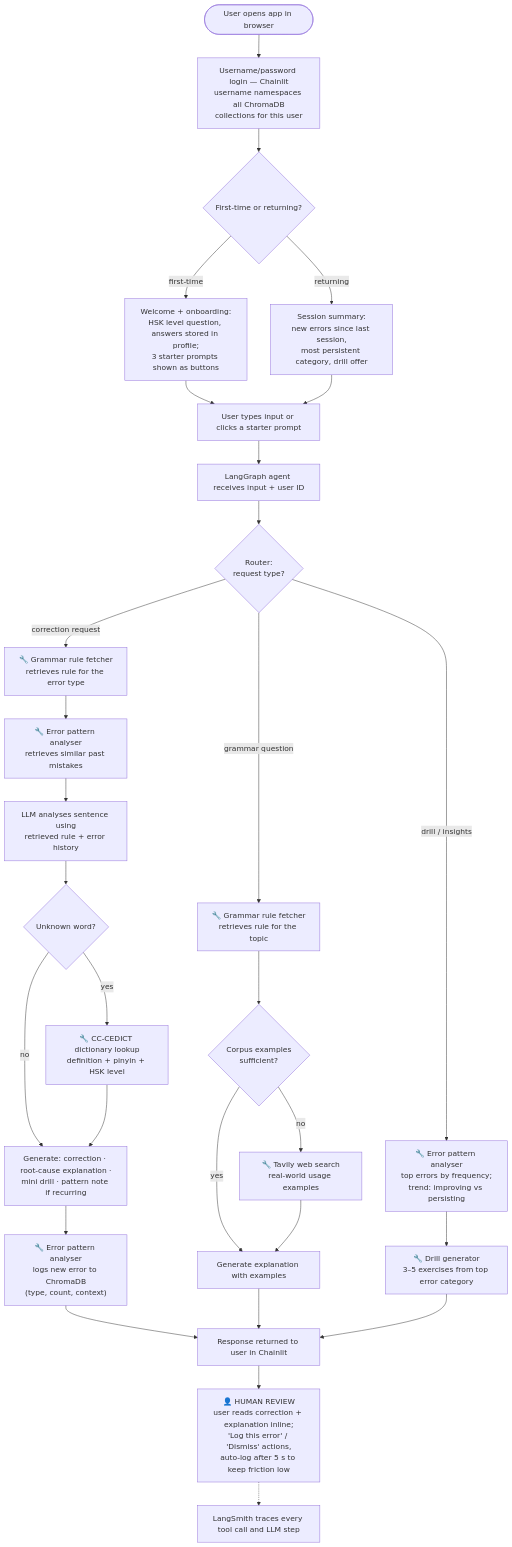
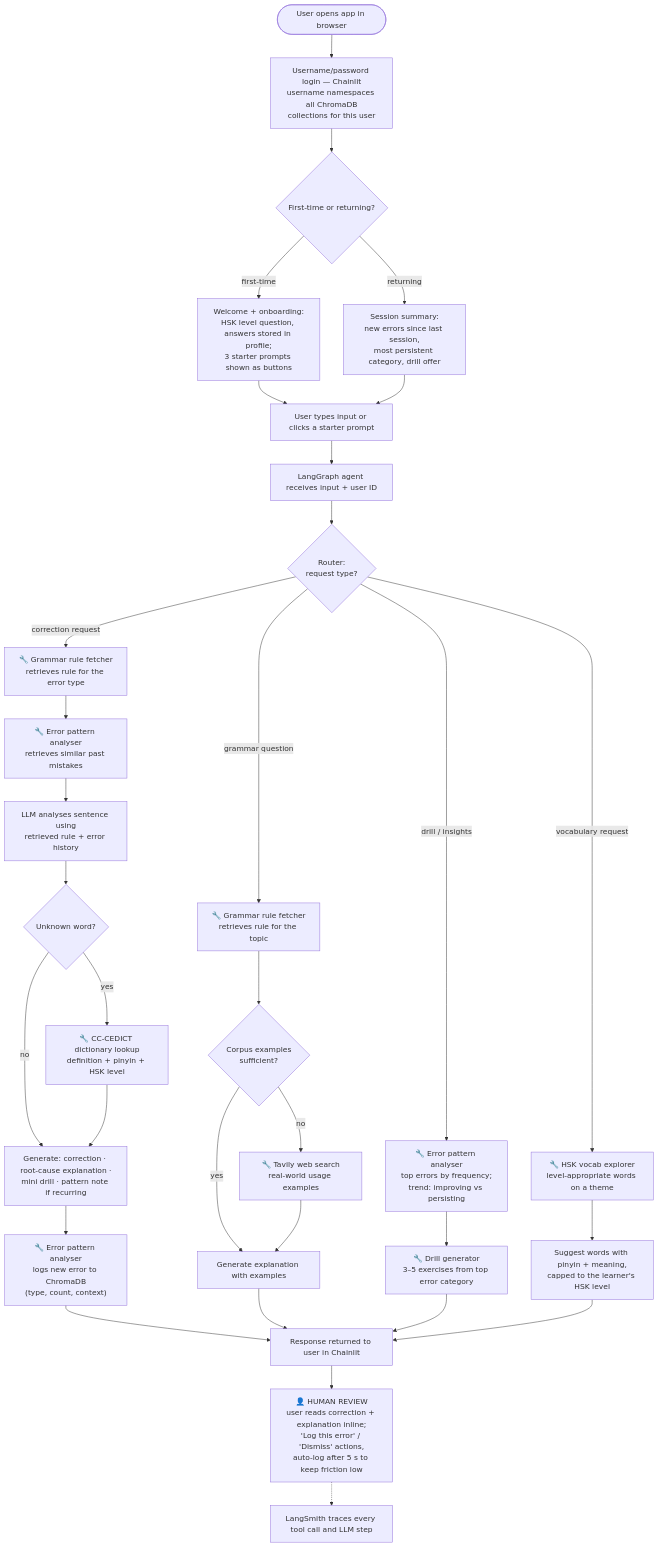
One commit to reubenfrith/mandarin-coach changed the third of 4 diagrams in docs/certification/README.md. Above: the diagram before and after it, drawn with Mermaid. The commit also changed other lines of this file and 20 other files, not shown here.

First line of the commit message:
feat: add HSK vocab_explorer tool; remove dead code + archived UI

````diff
--- a/docs/certification/README.md
+++ b/docs/certification/README.md
@@ -185,35 +188,39 @@
 ```mermaid
 flowchart TD
     START(["User opens app in browser"]) --> LOGIN["Username/password login — Chainlit<br/>username namespaces all ChromaDB<br/>collections for this user"]
     LOGIN --> NEW{"First-time or returning?"}
     NEW -- "first-time" --> ONB["Welcome + onboarding:<br/>HSK level question, answers stored in profile;<br/>3 starter prompts shown as buttons"]
     NEW -- "returning" --> SUM["Session summary:<br/>new errors since last session,<br/>most persistent category, drill offer"]
     ONB --> INPUT["User types input or clicks a starter prompt"]
     SUM --> INPUT
     INPUT --> AGENT["LangGraph agent receives input + user ID"]
     AGENT --> ROUTER{"Router:<br/>request type?"}
 
     ROUTER -- "correction request" --> GRF1["🔧 Grammar rule fetcher<br/>retrieves rule for the error type"]
     GRF1 --> EPA1["🔧 Error pattern analyser<br/>retrieves similar past mistakes"]
     EPA1 --> LLM1["LLM analyses sentence using<br/>retrieved rule + error history"]
     LLM1 --> UNK{"Unknown word?"}
     UNK -- "yes" --> DICT["🔧 CC-CEDICT dictionary lookup<br/>definition + pinyin + HSK level"]
     UNK -- "no" --> GEN
     DICT --> GEN["Generate: correction · root-cause explanation ·<br/>mini drill · pattern note if recurring"]
     GEN --> LOG["🔧 Error pattern analyser<br/>logs new error to ChromaDB<br/>(type, count, context)"]
 
     ROUTER -- "grammar question" --> GRF2["🔧 Grammar rule fetcher<br/>retrieves rule for the topic"]
     GRF2 --> SUFF{"Corpus examples<br/>sufficient?"}
     SUFF -- "no" --> WEB["🔧 Tavily web search<br/>real-world usage examples"]
     SUFF -- "yes" --> EXPL["Generate explanation with examples"]
     WEB --> EXPL
 
     ROUTER -- "drill / insights" --> EPA2["🔧 Error pattern analyser<br/>top errors by frequency;<br/>trend: improving vs persisting"]
     EPA2 --> DRILL["🔧 Drill generator<br/>3–5 exercises from top error category"]
 
+    ROUTER -- "vocabulary request" --> VOC1["🔧 HSK vocab explorer<br/>level-appropriate words on a theme"]
+    VOC1 --> VLIST["Suggest words with pinyin + meaning,<br/>capped to the learner's HSK level"]
+
     LOG --> RESP["Response returned to user in Chainlit"]
     EXPL --> RESP
     DRILL --> RESP
+    VLIST --> RESP
     RESP --> REVIEW["👤 HUMAN REVIEW<br/>user reads correction + explanation inline;<br/>'Log this error' / 'Dismiss' actions,<br/>auto-log after 5 s to keep friction low"]
     REVIEW -.-> TRACE["LangSmith traces every tool call and LLM step"]
 ```
````
